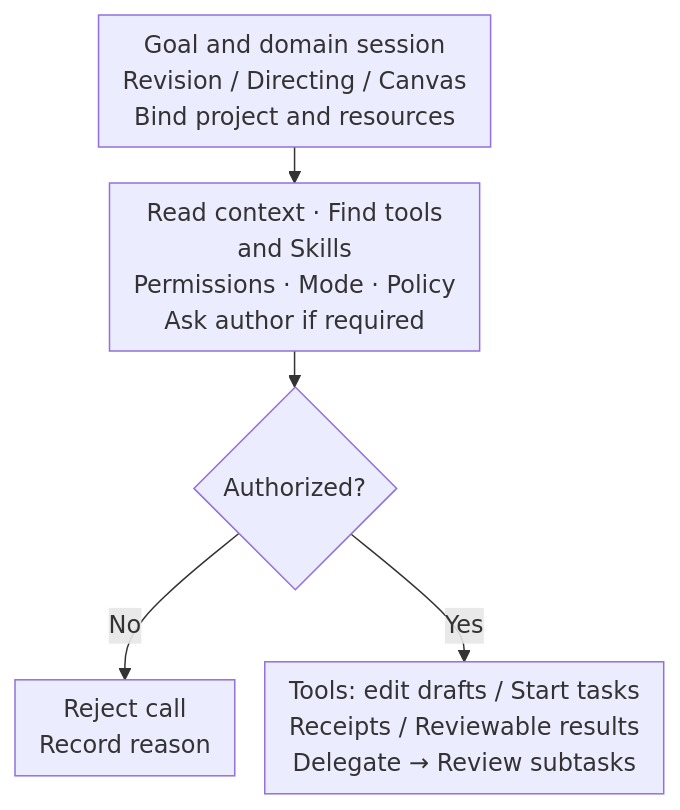
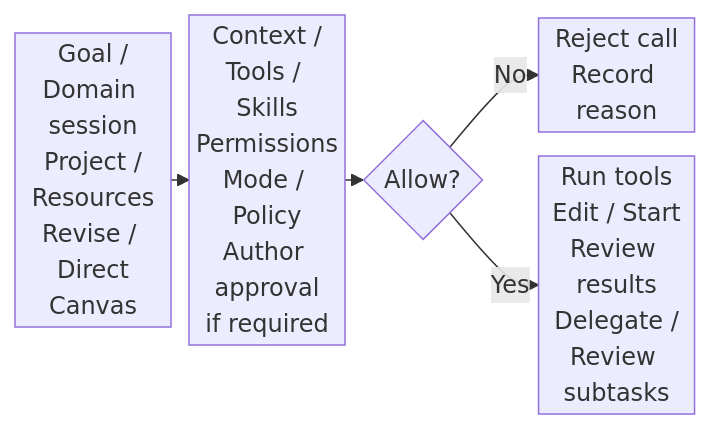
Diagram 12 of 18 in README.en.md (GTJasonMK/A4N), drawn with Mermaid before and after one commit. The commit also changed other lines of this file and 2 other files, not shown here.

````diff
--- a/README.en.md
+++ b/README.en.md
@@ -283,14 +290,14 @@
 ```mermaid
 ---
 config:
-  flowchart: { nodeSpacing: 20, rankSpacing: 24, padding: 8, wrappingWidth: 240 }
+  flowchart: { nodeSpacing: 16, rankSpacing: 12, padding: 2, wrappingWidth: 96 }
 ---
-flowchart TB
+flowchart LR
   accTitle: Agent execution from a creative goal to reviewable results
   accDescr: A domain session binds projects and resources, reads context, and discovers tools and skills. Each call is checked against permissions, execution mode and approval policy. Disallowed or rejected calls do not execute. Authorized calls can edit drafts, start tasks or delegate and review subtasks.
-  goal["Goal and domain session<br/>Revision / Directing / Canvas<br/>Bind project and resources"]
-  goal --> policy["Read context · Find tools<br/>and Skills<br/>Permissions · Mode · Policy<br/>Ask author if required"]
-  policy --> allowed{"Authorized?"}
+  goal["Goal /<br/>Domain session<br/>Project /<br/>Resources<br/>Revise / Direct<br/>Canvas"]
+  goal --> policy["Context /<br/>Tools / Skills<br/>Permissions<br/>Mode / Policy<br/>Author approval<br/>if required"]
+  policy --> allowed{"Allow?"}
   allowed -->|No| blocked["Reject call<br/>Record reason"]
-  allowed -->|Yes| result["Tools: edit drafts / Start tasks<br/>Receipts / Reviewable results<br/>Delegate → Review subtasks"]
+  allowed -->|Yes| result["Run tools<br/>Edit / Start<br/>Review results<br/>Delegate /<br/>Review subtasks"]
 ```
````
